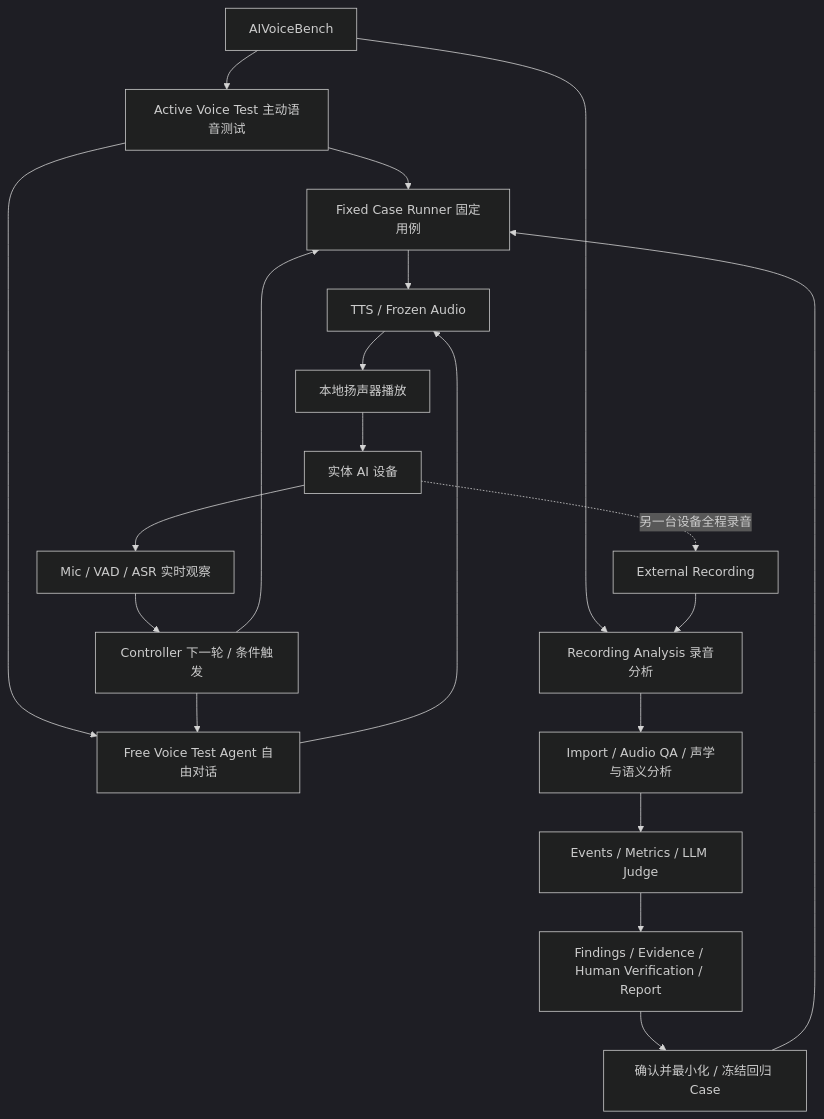
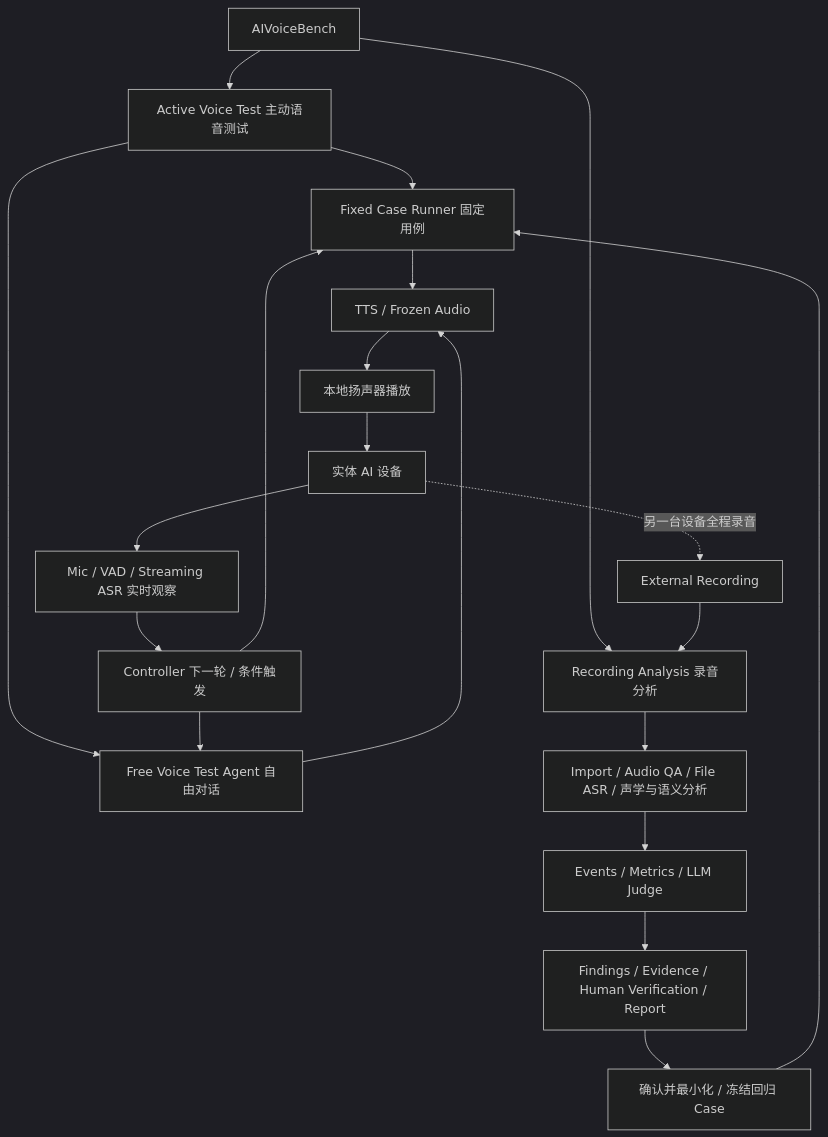
The diagram in docs/PRD.md (lybym/AIVoiceBench), drawn with Mermaid (dark theme) before and after one commit. The commit also changed other lines of this file and 1 other file, not shown here.

First line of the commit message:
docs: PRD 1.3.0 redefines the Free Voice Test ASR route as Streaming ASR

````diff
--- a/docs/PRD.md
+++ b/docs/PRD.md
@@ -55,22 +55,22 @@
 ```mermaid
 flowchart TD
   P[AIVoiceBench] --> A[Active Voice Test 主动语音测试]
   P --> R[Recording Analysis 录音分析]
   A --> F[Fixed Case Runner 固定用例]
   A --> G[Free Voice Test Agent 自由对话]
   F --> T[TTS / Frozen Audio]
   G --> T
   T --> S[本地扬声器播放]
   S --> D[实体 AI 设备]
-  D --> O[Mic / VAD / ASR 实时观察]
+  D --> O[Mic / VAD / Streaming ASR 实时观察]
   O --> C[Controller 下一轮 / 条件触发]
   C --> F
   C --> G
   D -. 另一台设备全程录音 .-> E[External Recording]
   E --> R
-  R --> I[Import / Audio QA / 声学与语义分析]
+  R --> I[Import / Audio QA / File ASR / 声学与语义分析]
   I --> J[Events / Metrics / LLM Judge]
   J --> Q[Findings / Evidence / Human Verification / Report]
   Q --> K[确认并最小化 / 冻结回归 Case]
   K --> F
 ```
````
